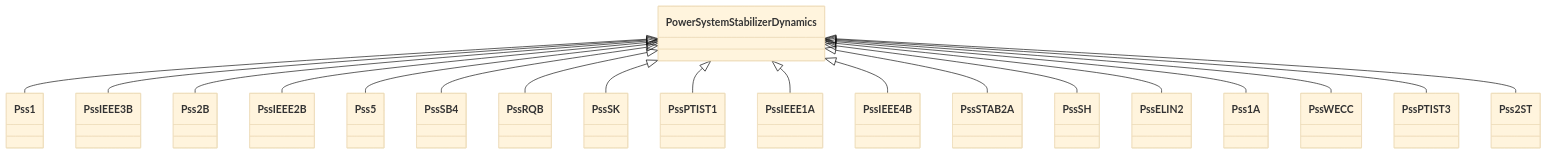
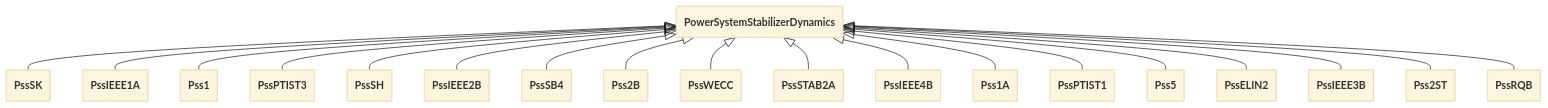
One commit to cim-cgmes/cim-cgmes.github.io changed the diagram in pages/docs/Profiles/Package_PowerSystemStabilizerDynamics.md. Above: the diagram before and after it, drawn with Mermaid (base theme). The commit also changed 561 other files, not shown here.

````diff
--- a/pages/docs/Profiles/Package_PowerSystemStabilizerDynamics.md
+++ b/pages/docs/Profiles/Package_PowerSystemStabilizerDynamics.md
@@ -5,21 +5,26 @@
 ```mermaid
+---
+  config:
+    class:
+      hideEmptyMembersBox: true
+---
 classDiagram
+    PowerSystemStabilizerDynamics <|-- PssSK
+    PowerSystemStabilizerDynamics <|-- PssIEEE1A
     PowerSystemStabilizerDynamics <|-- Pss1
+    PowerSystemStabilizerDynamics <|-- PssPTIST3
+    PowerSystemStabilizerDynamics <|-- PssSH
+    PowerSystemStabilizerDynamics <|-- PssIEEE2B
+    PowerSystemStabilizerDynamics <|-- PssSB4
+    PowerSystemStabilizerDynamics <|-- Pss2B
+    PowerSystemStabilizerDynamics <|-- PssWECC
+    PowerSystemStabilizerDynamics <|-- PssSTAB2A
+    PowerSystemStabilizerDynamics <|-- PssIEEE4B
+    PowerSystemStabilizerDynamics <|-- Pss1A
+    PowerSystemStabilizerDynamics <|-- PssPTIST1
+    PowerSystemStabilizerDynamics <|-- Pss5
+    PowerSystemStabilizerDynamics <|-- PssELIN2
     PowerSystemStabilizerDynamics <|-- PssIEEE3B
-    PowerSystemStabilizerDynamics <|-- Pss2B
-    PowerSystemStabilizerDynamics <|-- PssIEEE2B
-    PowerSystemStabilizerDynamics <|-- Pss5
-    PowerSystemStabilizerDynamics <|-- PssSB4
+    PowerSystemStabilizerDynamics <|-- Pss2ST
     PowerSystemStabilizerDynamics <|-- PssRQB
-    PowerSystemStabilizerDynamics <|-- PssSK
-    PowerSystemStabilizerDynamics <|-- PssPTIST1
-    PowerSystemStabilizerDynamics <|-- PssIEEE1A
-    PowerSystemStabilizerDynamics <|-- PssIEEE4B
-    PowerSystemStabilizerDynamics <|-- PssSTAB2A
-    PowerSystemStabilizerDynamics <|-- PssSH
-    PowerSystemStabilizerDynamics <|-- PssELIN2
-    PowerSystemStabilizerDynamics <|-- Pss1A
-    PowerSystemStabilizerDynamics <|-- PssWECC
-    PowerSystemStabilizerDynamics <|-- PssPTIST3
-    PowerSystemStabilizerDynamics <|-- Pss2ST
 ```
````
